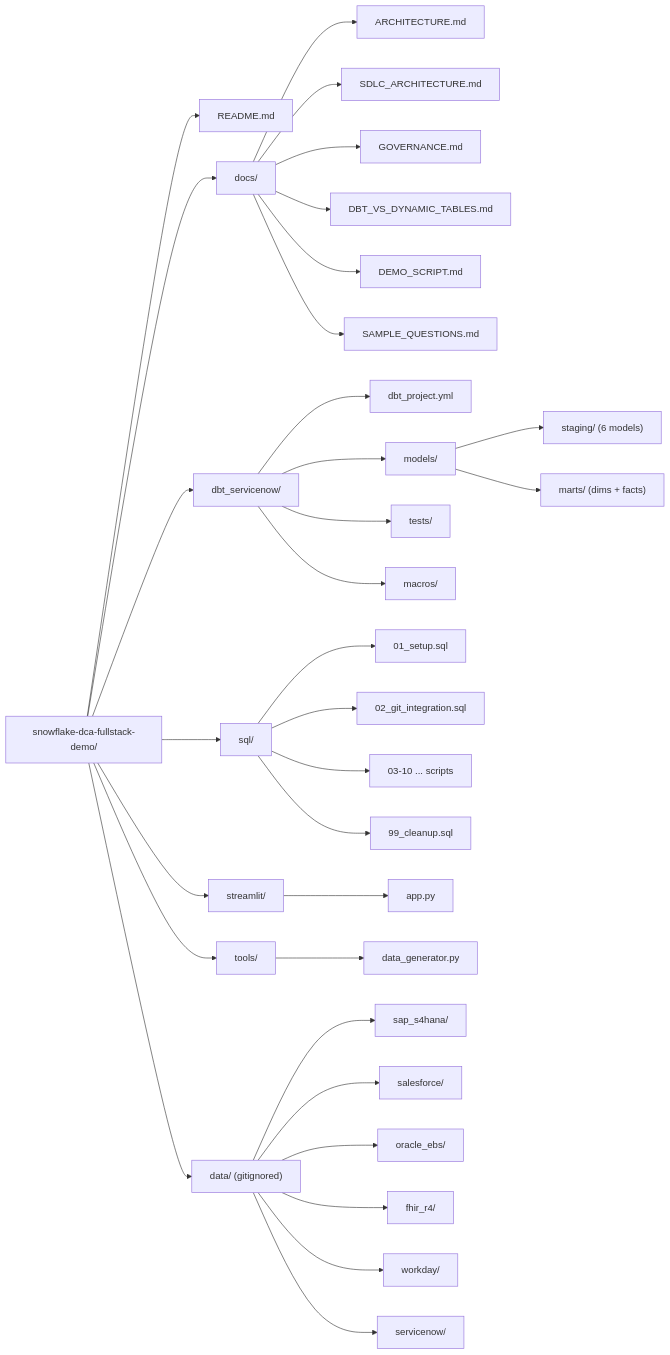
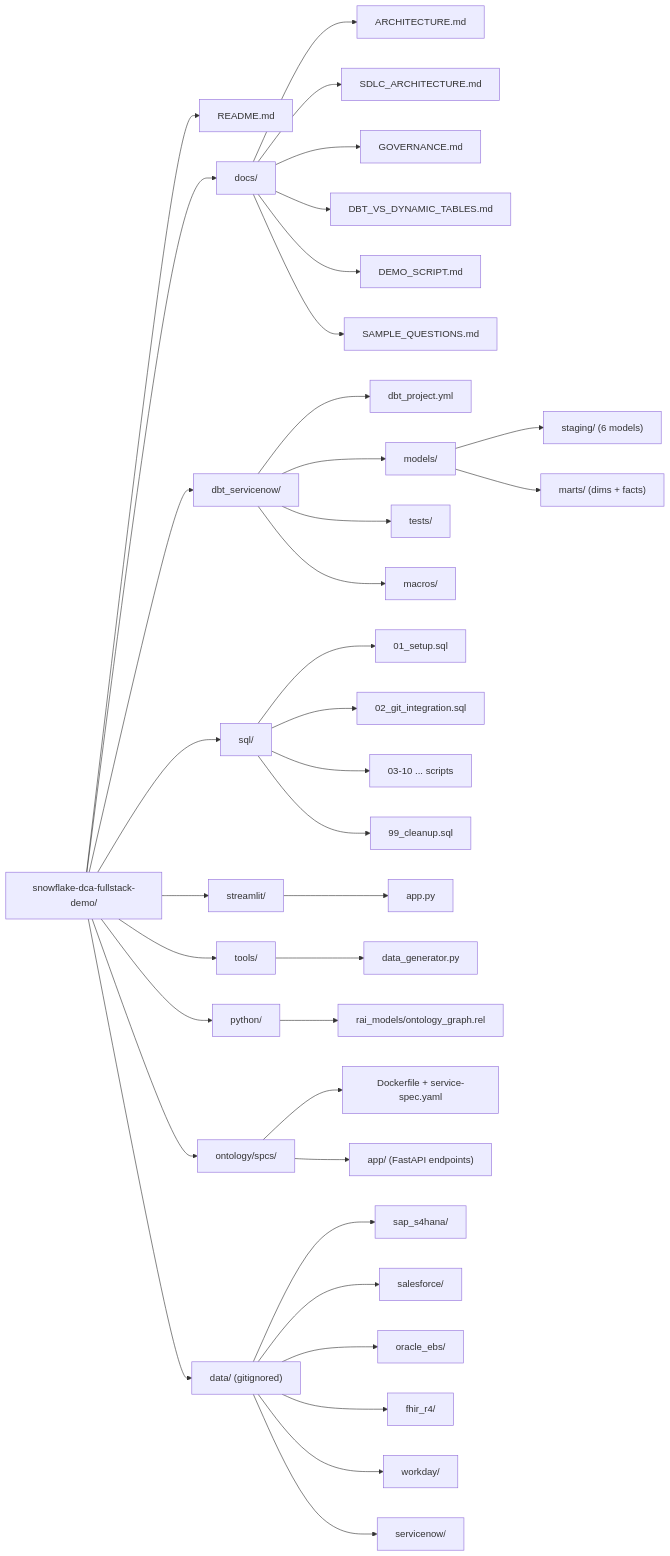
Before and after one commit to sfc-gh-smitchener-1/snowflake-dca-fullstack-demo: the seventh of 8 diagrams in README.md, drawn with Mermaid. The commit also changed other lines of this file and 28 other files, not shown here.

````diff
--- a/README.md
+++ b/README.md
@@ -278,40 +284,46 @@
 ```mermaid
 graph LR
     ROOT["snowflake-dca-fullstack-demo/"]
     ROOT --> README["README.md"]
     ROOT --> DOCS["docs/"]
     ROOT --> DBT["dbt_servicenow/"]
     ROOT --> SQL["sql/"]
     ROOT --> ST["streamlit/"]
     ROOT --> TOOLS["tools/"]
     ROOT --> DATA["data/ (gitignored)"]
+    ROOT --> PYTHON["python/"]
+    ROOT --> ONTSPCS["ontology/spcs/"]
 
     DOCS --> ARCH["ARCHITECTURE.md"]
     DOCS --> SDLC["SDLC_ARCHITECTURE.md"]
     DOCS --> GOV["GOVERNANCE.md"]
     DOCS --> DBTVDT["DBT_VS_DYNAMIC_TABLES.md"]
     DOCS --> DEMO["DEMO_SCRIPT.md"]
     DOCS --> SAMPLE["SAMPLE_QUESTIONS.md"]
 
     DBT --> PROJ["dbt_project.yml"]
     DBT --> MODELS["models/"]
     MODELS --> STAGING["staging/ (6 models)"]
     MODELS --> MARTS["marts/ (dims + facts)"]
     DBT --> TESTS["tests/"]
     DBT --> MACROS["macros/"]
 
     SQL --> S01["01_setup.sql"]
     SQL --> S02["02_git_integration.sql"]
     SQL --> S03["03-10 ... scripts"]
     SQL --> S99["99_cleanup.sql"]
 
     ST --> APP["app.py"]
     TOOLS --> GEN["data_generator.py"]
 
+    PYTHON --> RAI["rai_models/ontology_graph.rel"]
+    ONTSPCS --> DOCKER["Dockerfile + service-spec.yaml"]
+    ONTSPCS --> FASTAPI["app/ (FastAPI endpoints)"]
+
     DATA --> SAP["sap_s4hana/"]
     DATA --> SF["salesforce/"]
     DATA --> ORA["oracle_ebs/"]
     DATA --> FHIR["fhir_r4/"]
     DATA --> WD["workday/"]
     DATA --> SN["servicenow/"]
 ```
````
